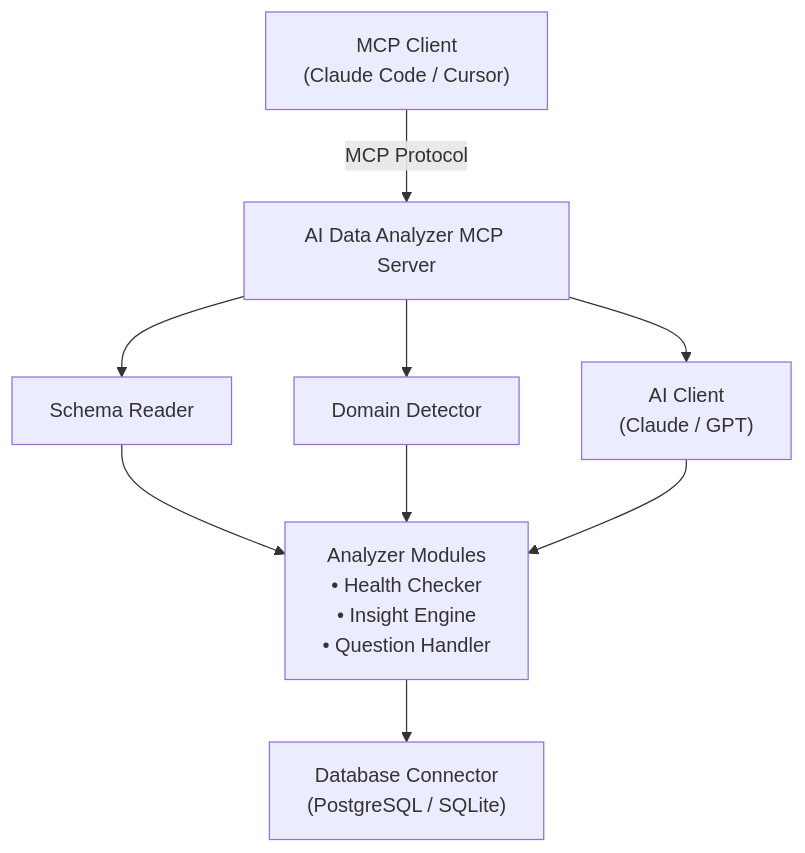
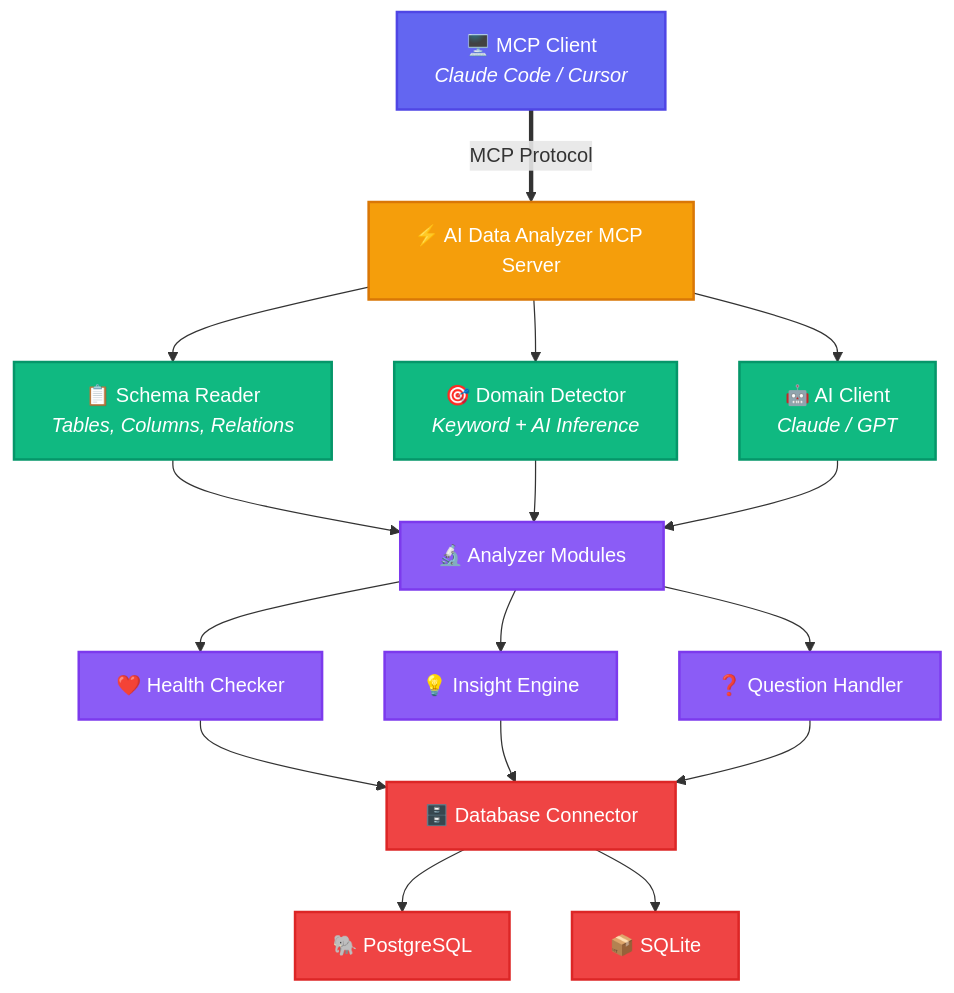
The diagram in README.md (Nemophilistc/ai-data-analyzer-mcp), drawn with Mermaid before and after one commit. The commit also changed 2 other files, not shown here.

Commit message:
docs: enhance Mermaid diagrams with colors and icons

````diff
--- a/README.md
+++ b/README.md
@@ -144,19 +144,43 @@
 ```mermaid
 graph TB
-    Client["MCP Client<br/>(Claude Code / Cursor)"]
-    Server["AI Data Analyzer MCP Server"]
-    Schema["Schema Reader"]
-    Domain["Domain Detector"]
-    AI["AI Client<br/>(Claude / GPT)"]
-    Analyzers["Analyzer Modules<br/>• Health Checker<br/>• Insight Engine<br/>• Question Handler"]
-    DB["Database Connector<br/>(PostgreSQL / SQLite)"]
+    Client["🖥️ MCP Client<br/><i>Claude Code / Cursor</i>"]
+    Server["⚡ AI Data Analyzer MCP Server"]
+    Schema["📋 Schema Reader<br/><i>Tables, Columns, Relations</i>"]
+    Domain["🎯 Domain Detector<br/><i>Keyword + AI Inference</i>"]
+    AI["🤖 AI Client<br/><i>Claude / GPT</i>"]
+    Analyzers["🔬 Analyzer Modules"]
+    Health["❤️ Health Checker"]
+    Insight["💡 Insight Engine"]
+    Question["❓ Question Handler"]
+    DB["🗄️ Database Connector"]
+    PG["🐘 PostgreSQL"]
+    SQLite["📦 SQLite"]
 
-    Client -->|"MCP Protocol"| Server
+    Client ==>|"MCP Protocol"| Server
     Server --> Schema
     Server --> Domain
     Server --> AI
     Schema --> Analyzers
     Domain --> Analyzers
     AI --> Analyzers
-    Analyzers --> DB
+    Analyzers --> Health
+    Analyzers --> Insight
+    Analyzers --> Question
+    Health --> DB
+    Insight --> DB
+    Question --> DB
+    DB --> PG
+    DB --> SQLite
+
+    classDef client fill:#6366f1,stroke:#4f46e5,color:white,stroke-width:2px
+    classDef server fill:#f59e0b,stroke:#d97706,color:white,stroke-width:2px
+    classDef component fill:#10b981,stroke:#059669,color:white,stroke-width:2px
+    classDef analyzer fill:#8b5cf6,stroke:#7c3aed,color:white,stroke-width:2px
+    classDef db fill:#ef4444,stroke:#dc2626,color:white,stroke-width:2px
+
+    class Client client
+    class Server server
+    class Schema,Domain,AI component
+    class Analyzers,Health,Insight,Question analyzer
+    class DB,PG,SQLite db
 ```
````
